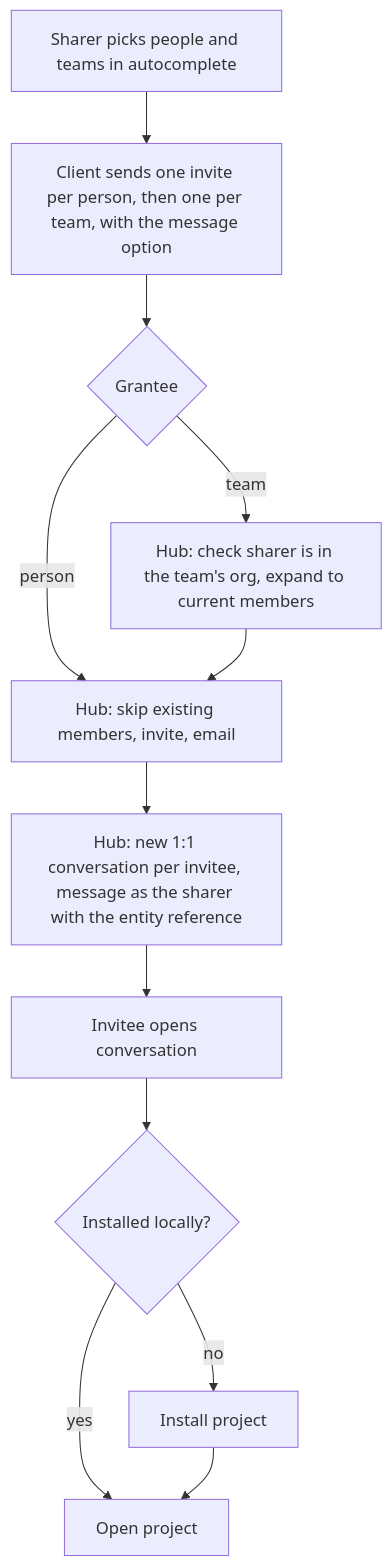
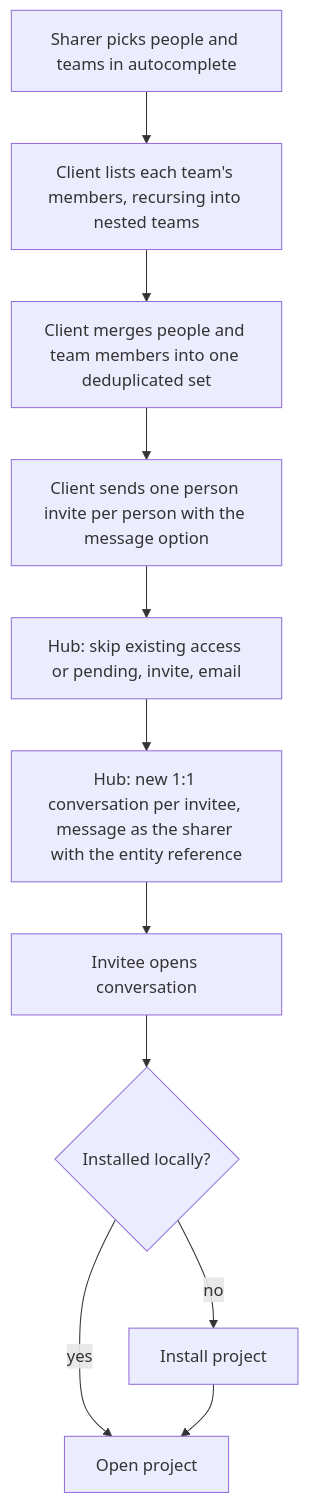
One commit to langware-labs/flowpad changed the first of 6 diagrams in docs/plans/2026-09-27-1240-feat-project-share-invite-thread-plan.md. Above: the diagram before and after it, drawn with Mermaid. The commit also changed other lines of this file and 56 other files, not shown here.

First line of the commit message:
FLOWPAD-2168: Project invite message + Install project chip, teams in the members popover

````diff
--- a/docs/plans/2026-09-27-1240-feat-project-share-invite-thread-plan.md
+++ b/docs/plans/2026-09-27-1240-feat-project-share-invite-thread-plan.md
@@ -124,14 +95,13 @@
 ```mermaid
 flowchart TB
-  S[Sharer picks people and teams in autocomplete] --> P[Client sends one invite per person, then one per team, with the message option]
-  P --> K{Grantee}
-  K -->|person| V[Hub: skip existing members, invite, email]
-  K -->|team| G[Hub: check sharer is in the team's org, expand to current members]
-  G --> V
+  S[Sharer picks people and teams in autocomplete] --> X[Client lists each team's members, recursing into nested teams]
+  X --> U[Client merges people and team members into one deduplicated set]
+  U --> P[Client sends one person invite per person with the message option]
+  P --> V[Hub: skip existing access or pending, invite, email]
   V --> C[Hub: new 1:1 conversation per invitee, message as the sharer with the entity reference]
   C --> I[Invitee opens conversation]
   I --> Q{Installed locally?}
   Q -->|no| N[Install project]
   Q -->|yes| O[Open project]
   N --> O
 ```
````
